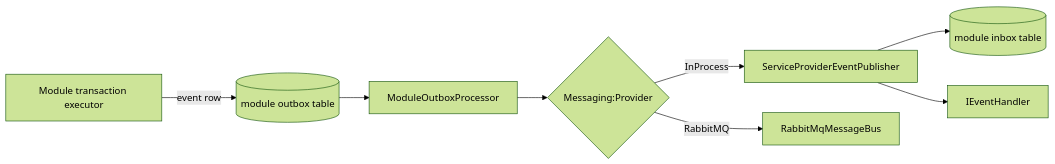
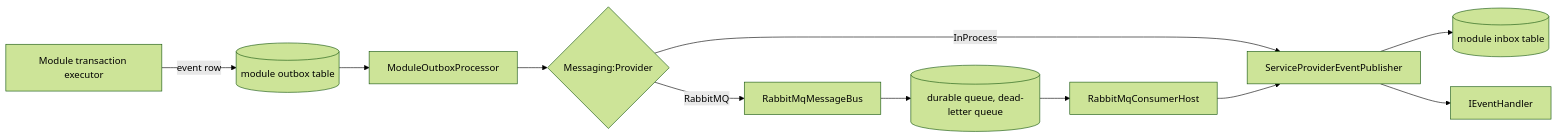
Before and after one commit to maysamgamini/crowdfundinghub: the diagram in src/BuildingBlocks/CrowdFunding.BuildingBlocks.Infrastructure/README.md, drawn with Mermaid (forest theme). The commit also changed other lines of this file and 15 other files, not shown here.

````diff
--- a/src/BuildingBlocks/CrowdFunding.BuildingBlocks.Infrastructure/README.md
+++ b/src/BuildingBlocks/CrowdFunding.BuildingBlocks.Infrastructure/README.md
@@ -28,10 +28,13 @@
 ```mermaid
 flowchart LR
     Tx["Module transaction executor"] -- "event row" --> Ob[("module outbox table")]
     Ob --> Pr["ModuleOutboxProcessor"]
     Pr --> Bus{"Messaging:Provider"}
     Bus -- InProcess --> Pub["ServiceProviderEventPublisher"]
     Bus -- RabbitMQ --> Rb["RabbitMqMessageBus"]
+    Rb --> Q[("durable queue, dead-letter queue")]
+    Q --> Ch["RabbitMqConsumerHost"]
+    Ch --> Pub
     Pub --> In[("module inbox table")]
     Pub --> Hd["IEventHandler"]
 ```
````
